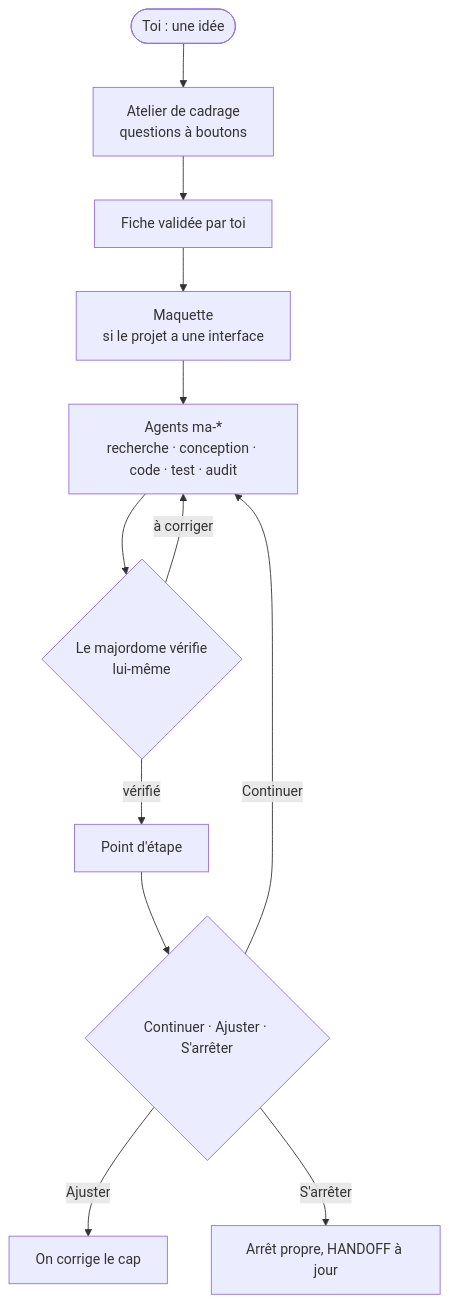
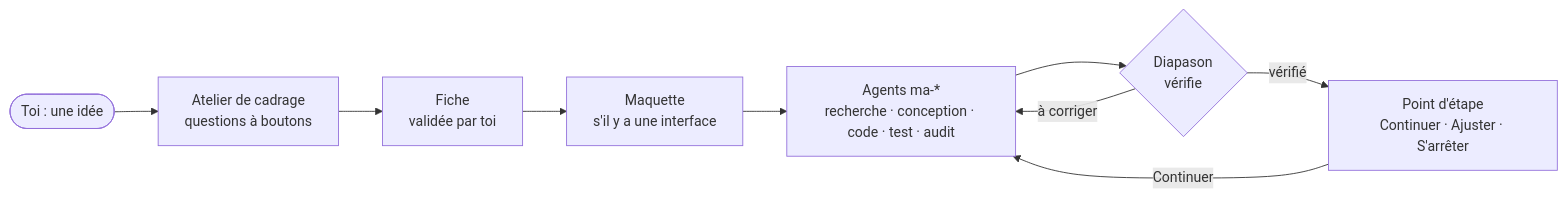
The second of 2 diagrams in README.md (MalikChopa/diapason), drawn with Mermaid before and after one commit. The commit also changed other lines of this file and 117 other files, not shown here.

Commit message:
v1.5.0 : Majordome devient Diapason (/diapason), README bilingue en un seul fichier

````diff
--- a/README.md
+++ b/README.md
@@ -18,14 +109,11 @@
 ```mermaid
-flowchart TD
+flowchart LR
     U(["Toi : une idée"]) --> A["Atelier de cadrage<br/>questions à boutons"]
-    A --> F["Fiche validée par toi"]
-    F --> M["Maquette<br/>si le projet a une interface"]
+    A --> F["Fiche<br/>validée par toi"]
+    F --> M["Maquette<br/>s'il y a une interface"]
     M --> G["Agents ma-*<br/>recherche · conception · code · test · audit"]
-    G --> V{"Le majordome vérifie<br/>lui-même"}
+    G --> V{"Diapason<br/>vérifie"}
     V -- "à corriger" --> G
-    V -- "vérifié" --> P["Point d'étape"]
-    P --> C{"Continuer · Ajuster · S'arrêter"}
-    C -- "Continuer" --> G
-    C -- "Ajuster" --> J["On corrige le cap"]
-    C -- "S'arrêter" --> H["Arrêt propre, HANDOFF à jour"]
+    V -- "vérifié" --> P["Point d'étape<br/>Continuer · Ajuster · S'arrêter"]
+    P -- "Continuer" --> G
 ```
````
